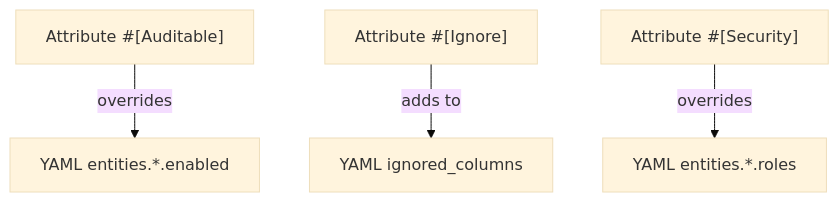
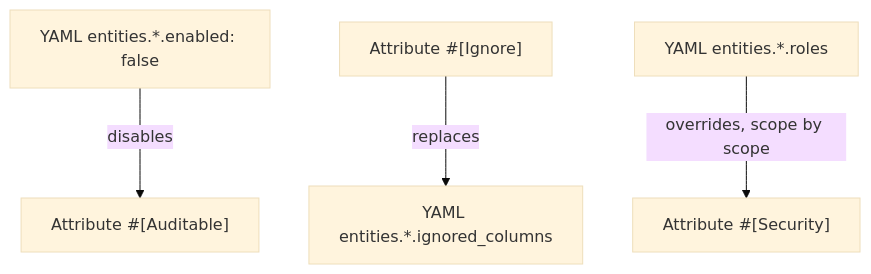
The diagram in docs/configuration/attributes.md (DamienHarper/auditor-bundle), drawn with Mermaid (base theme) before and after one commit. The commit also changed other lines of this file, not shown here.

First line of the commit message:
docs(attributes): precedence of YAML enabled, roles and ignored_columns for #[Auditable] entities

````diff
--- a/docs/configuration/attributes.md
+++ b/docs/configuration/attributes.md
@@ -201,6 +201,6 @@
 ```mermaid
 flowchart TD
-    A["Attribute #[Auditable]"] -->|overrides| B["YAML entities.*.enabled"]
-    C["Attribute #[Ignore]"] -->|adds to| D["YAML ignored_columns"]
-    E["Attribute #[Security]"] -->|overrides| F["YAML entities.*.roles"]
+    B["YAML entities.*.enabled: false"] -->|disables| A["Attribute #[Auditable]"]
+    C["Attribute #[Ignore]"] -->|replaces| D["YAML entities.*.ignored_columns"]
+    F["YAML entities.*.roles"] -->|overrides, scope by scope| E["Attribute #[Security]"]
 ```
````
